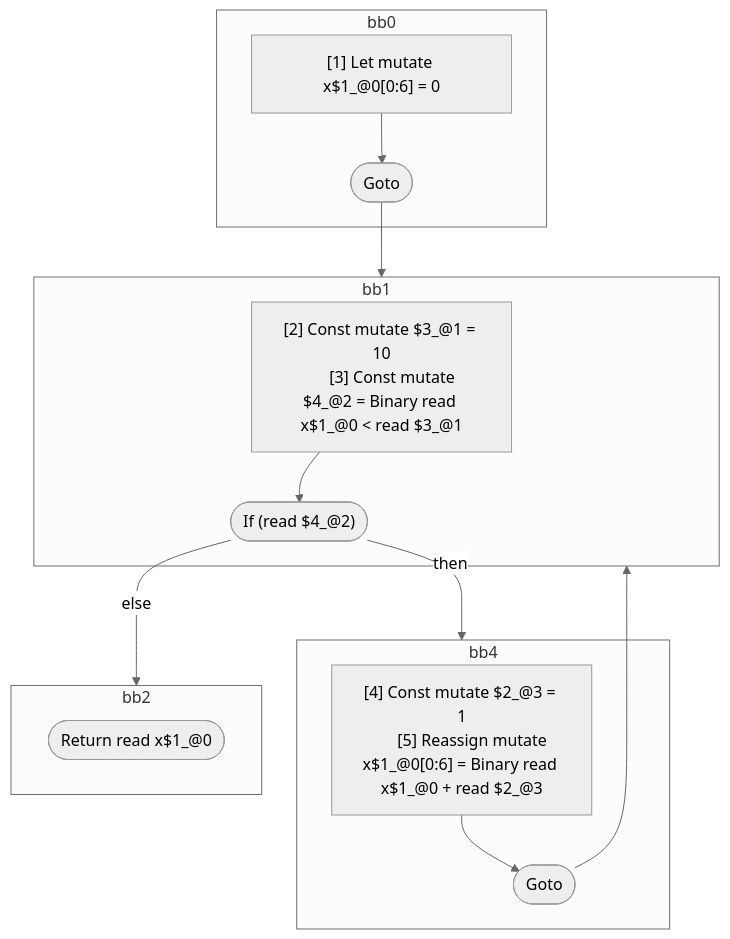
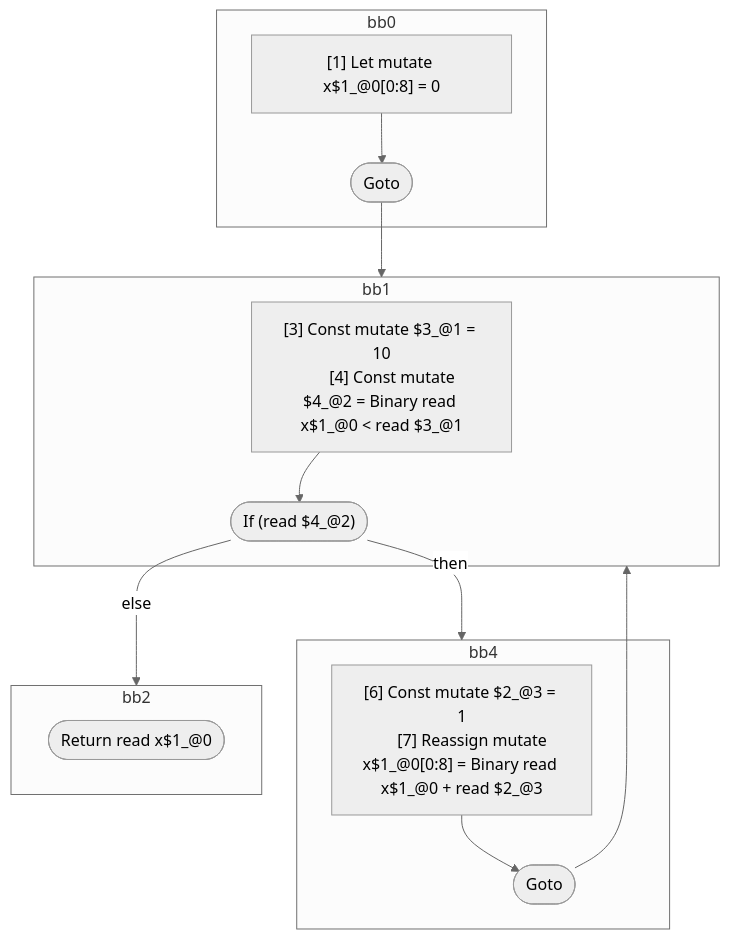
Before and after one commit to wutsmog/private: the diagram in compiler/forget/src/__tests__/fixtures/hir/ssa-for.expect.md, drawn with Mermaid (neutral theme). The commit also changed other lines of this file and 61 other files, not shown here.

````diff
--- a/compiler/forget/src/__tests__/fixtures/hir/ssa-for.expect.md
+++ b/compiler/forget/src/__tests__/fixtures/hir/ssa-for.expect.md
@@ -38,34 +38,34 @@
 ```mermaid
 flowchart TB
   %% Basic Blocks
   subgraph bb0
     bb0_instrs["
-      [1] Let mutate x$1_@0[0:6] = 0
+      [1] Let mutate x$1_@0[0:8] = 0
     "]
     bb0_instrs --> bb0_terminal(["Goto"])
   end
   subgraph bb1
     bb1_instrs["
-      [2] Const mutate $3_@1 = 10
-      [3] Const mutate $4_@2 = Binary read x$1_@0 < read $3_@1
+      [3] Const mutate $3_@1 = 10
+      [4] Const mutate $4_@2 = Binary read x$1_@0 < read $3_@1
     "]
     bb1_instrs --> bb1_terminal(["If (read $4_@2)"])
   end
   subgraph bb4
     bb4_instrs["
-      [4] Const mutate $2_@3 = 1
-      [5] Reassign mutate x$1_@0[0:6] = Binary read x$1_@0 + read $2_@3
+      [6] Const mutate $2_@3 = 1
+      [7] Reassign mutate x$1_@0[0:8] = Binary read x$1_@0 + read $2_@3
     "]
     bb4_instrs --> bb4_terminal(["Goto"])
   end
   subgraph bb2
     bb2_terminal(["Return read x$1_@0"])
   end
 
   %% Jumps
   bb0_terminal --> bb1
   bb1_terminal -- "then" --> bb4
   bb1_terminal -- "else" --> bb2
   bb4_terminal --> bb1
 
 ```
````
